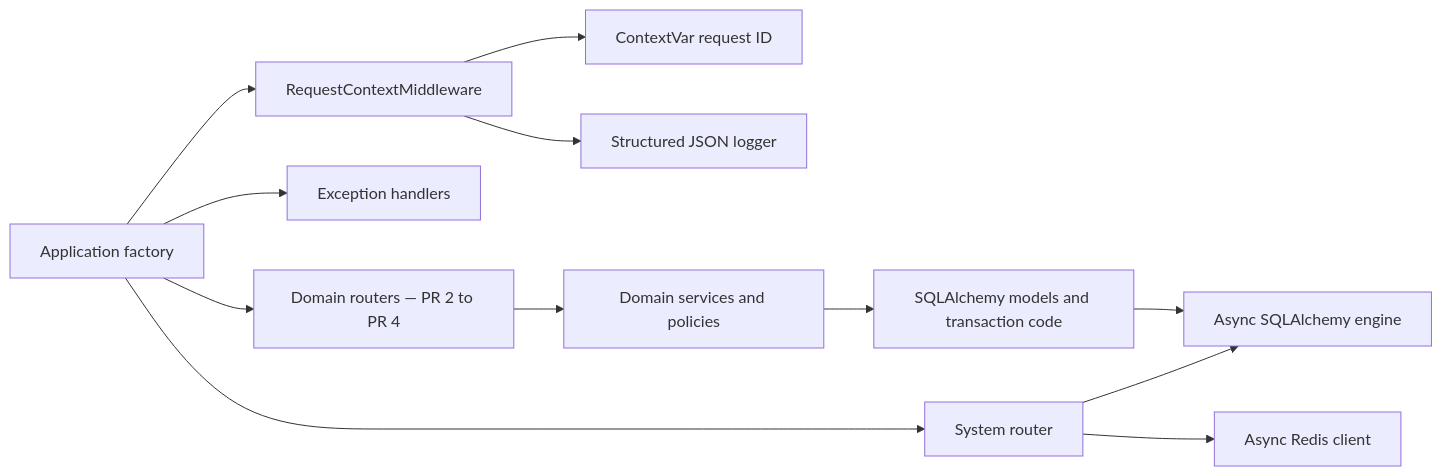
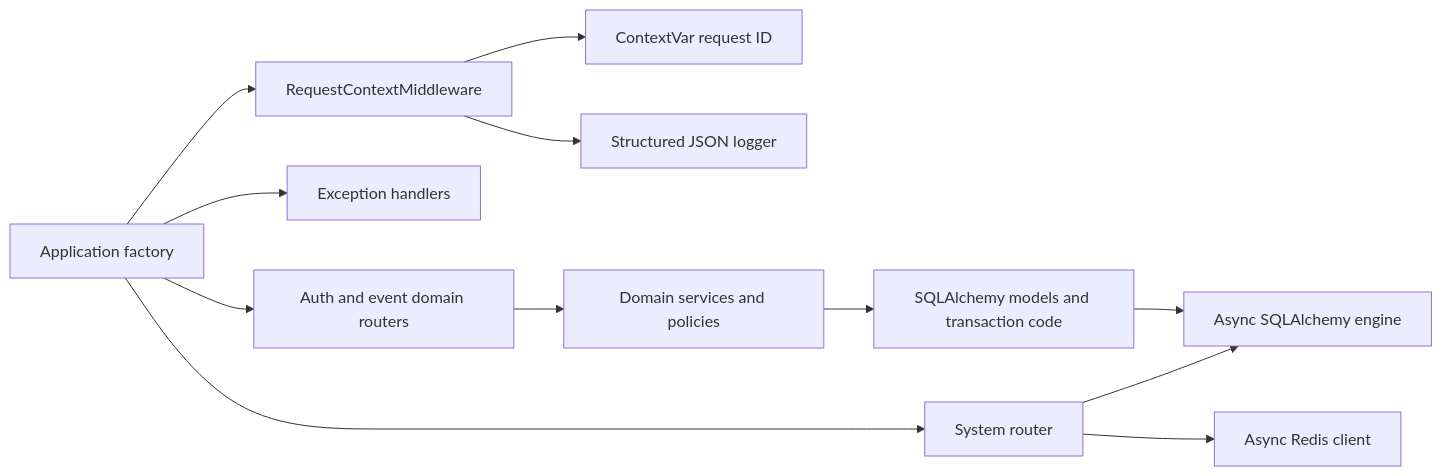
Before and after one commit to AlperenKaracan/EventFlow: the third of 7 diagrams in ARCHITECTURE.md, drawn with Mermaid. The commit also changed other lines of this file and 5 other files, not shown here.

````diff
--- a/ARCHITECTURE.md
+++ b/ARCHITECTURE.md
@@ -52,15 +52,15 @@
 ```mermaid
 flowchart LR
     factory["Application factory"] --> middleware["RequestContextMiddleware"]
     factory --> errors["Exception handlers"]
     factory --> system["System router"]
-    factory --> modules["Domain routers — PR 2 to PR 4"]
+    factory --> modules["Auth and event domain routers"]
 
     middleware --> requestContext["ContextVar request ID"]
     middleware --> jsonlog["Structured JSON logger"]
     system --> dbengine["Async SQLAlchemy engine"]
     system --> redisclient["Async Redis client"]
     modules --> domain["Domain services and policies"]
     domain --> repositories["SQLAlchemy models and transaction code"]
     repositories --> dbengine
 ```
````
